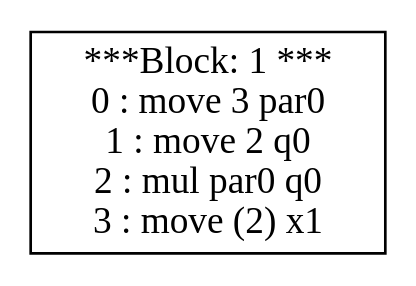
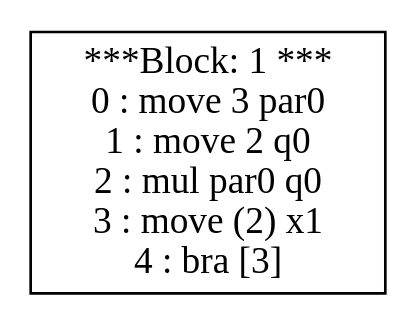
Before and after one commit to vigneshjathavara/PL241-Compiler: the diagram in src/Display/dotOutput_bar.gv, drawn with Graphviz. The commit also changed 15 other files, not shown here.

Commit message:
Interference Graph Creation

```diff
--- a/src/Display/dotOutput_bar.gv
+++ b/src/Display/dotOutput_bar.gv
@@ -1,4 +1,4 @@
 digraph structs {
-1 [shape=record,label="***Block: 1 ***\n0 : move 3 par0 \n1 : move 2 q0 \n2 : mul par0 q0 \n3 : move (2) x1 \n"]
+1 [shape=record,label="***Block: 1 ***\n0 : move 3 par0 \n1 : move 2 q0 \n2 : mul par0 q0 \n3 : move (2) x1 \n4 : bra [3]\n"]
 
 }
```
